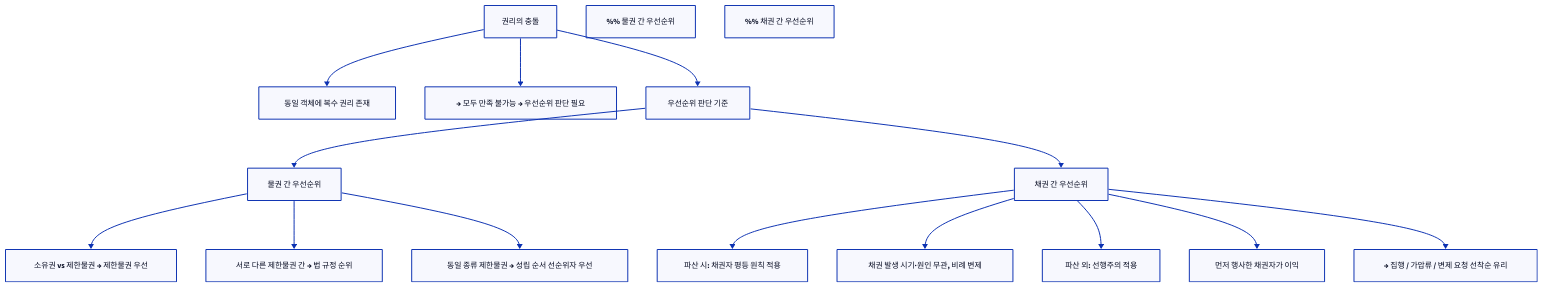
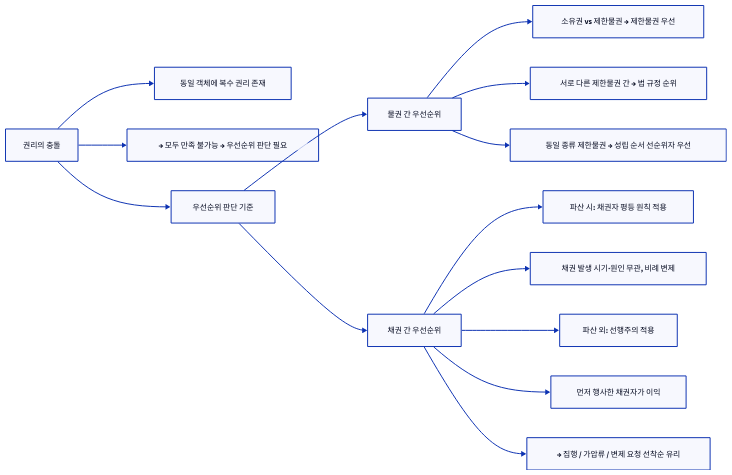
Before and after one commit to AISFlow/d2laws: the diagram in diagrams/[30.0] 權利의 衝突과 順位.d2, drawn with D2. The commit also changed 65 other files, not shown here.

```diff
--- a/diagrams/[30.0] 權利의 衝突과 順位.d2
+++ b/diagrams/[30.0] 權利의 衝突과 順位.d2
@@ -1,24 +1,22 @@
 # [30.0] 權利의 衝突과 順位.d2
 
-direction: down
+direction: right
 
 "권리의 충돌" -> "동일 객체에 복수 권리 존재"
 "권리의 충돌" -> "→ 모두 만족 불가능 → 우선순위 판단 필요"
 
 "권리의 충돌" -> "우선순위 판단 기준"
 
 "우선순위 판단 기준" -> "물권 간 우선순위"
 "우선순위 판단 기준" -> "채권 간 우선순위"
 
-%% 물권 간 우선순위
 "물권 간 우선순위" -> "소유권 vs 제한물권 → 제한물권 우선"
 "물권 간 우선순위" -> "서로 다른 제한물권 간 → 법 규정 순위"
 "물권 간 우선순위" -> "동일 종류 제한물권 → 성립 순서 선순위자 우선"
 
-%% 채권 간 우선순위
 "채권 간 우선순위" -> "파산 시: 채권자 평등 원칙 적용"
 "채권 간 우선순위" -> "채권 발생 시기·원인 무관, 비례 변제"
 
 "채권 간 우선순위" -> "파산 외: 선행주의 적용"
 "채권 간 우선순위" -> "먼저 행사한 채권자가 이익"
 "채권 간 우선순위" -> "→ 집행 / 가압류 / 변제 요청 선착순 유리"
```
